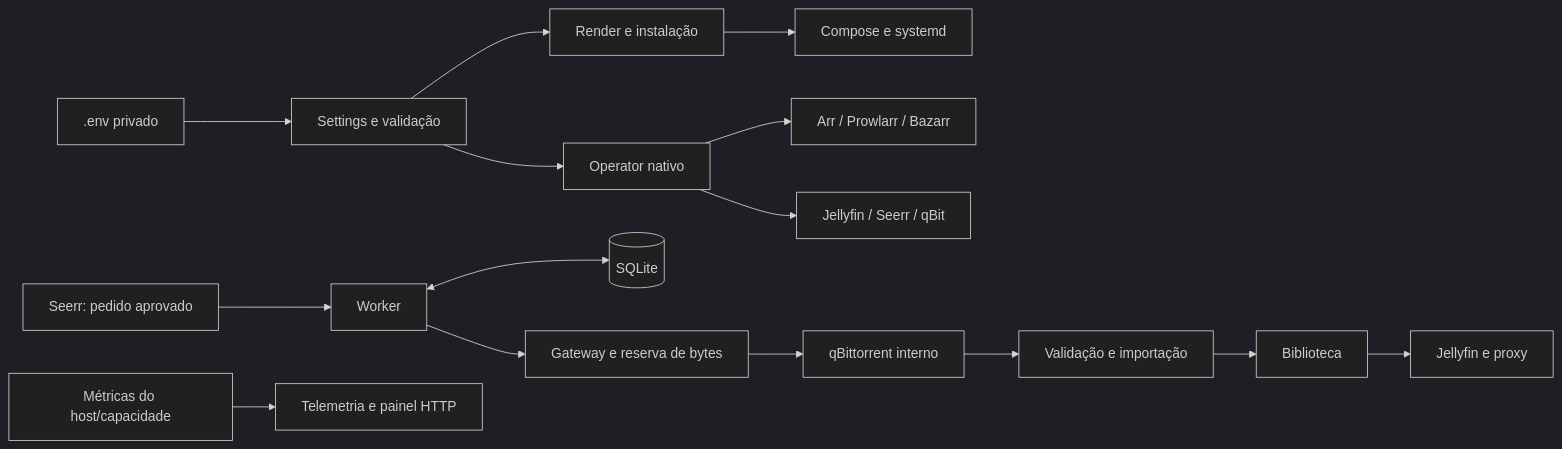
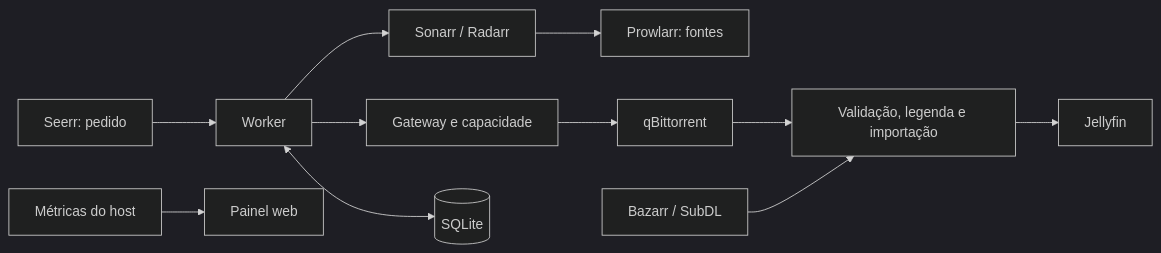
The diagram in docs/architecture.md (reisguilherme/homelab-mediaserver), drawn with Mermaid (dark theme) before and after one commit. The commit also changed other lines of this file and 137 other files, not shown here.

````diff
--- a/docs/architecture.md
+++ b/docs/architecture.md
@@ -8,17 +7,13 @@
 ```mermaid
 flowchart LR
-  E[.env privado] --> S[Settings e validação]
-  S --> R[Render e instalação]
-  R --> C[Compose e systemd]
-  S --> N[Operator nativo]
-  N --> A[Arr / Prowlarr / Bazarr]
-  N --> J[Jellyfin / Seerr / qBit]
-  Q[Seerr: pedido aprovado] --> W[Worker]
-  W <--> DB[(SQLite)]
-  W --> G[Gateway e reserva de bytes]
-  G --> B[qBittorrent interno]
-  B --> I[Validação e importação]
-  I --> M[Biblioteca]
-  M --> JF[Jellyfin e proxy]
-  H[Métricas do host/capacidade] --> T[Telemetria e painel HTTP]
+  S[Seerr: pedido] --> W[Worker]
+  W --> A[Sonarr / Radarr]
+  A --> P[Prowlarr: fontes]
+  W --> G[Gateway e capacidade]
+  G --> Q[qBittorrent]
+  Q --> V[Validação, legenda e importação]
+  B[Bazarr / SubDL] --> V
+  V --> J[Jellyfin]
+  W <--> D[(SQLite)]
+  H[Métricas do host] --> M[Painel web]
 ```
````
